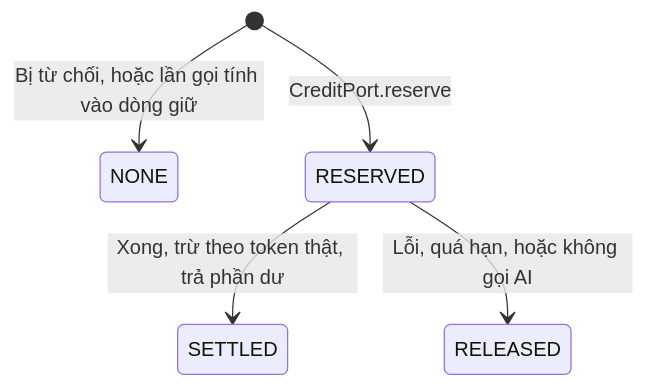
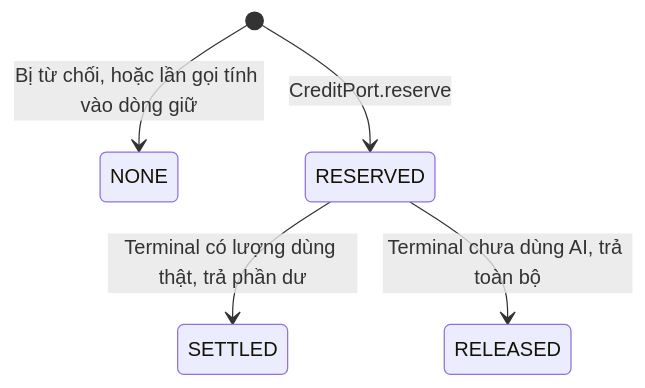
The second of 3 diagrams in aidlc-docs/construction/u13-ai-code-execution/functional-design/domain-entities.md (hygef-v4/AI-Powered-Learning-Platform), drawn with Mermaid before and after one commit. The commit also changed other lines of this file and 53 other files, not shown here.

````diff
--- a/aidlc-docs/construction/u13-ai-code-execution/functional-design/domain-entities.md
+++ b/aidlc-docs/construction/u13-ai-code-execution/functional-design/domain-entities.md
@@ -77,7 +77,7 @@
 ```mermaid
 stateDiagram-v2
     [*] --> NONE: Bị từ chối, hoặc lần gọi tính vào dòng giữ
     [*] --> RESERVED: CreditPort.reserve
-    RESERVED --> SETTLED: Xong, trừ theo token thật, trả phần dư
-    RESERVED --> RELEASED: Lỗi, quá hạn, hoặc không gọi AI
+    RESERVED --> SETTLED: Terminal có lượng dùng thật, trả phần dư
+    RESERVED --> RELEASED: Terminal chưa dùng AI, trả toàn bộ
 ```
````
